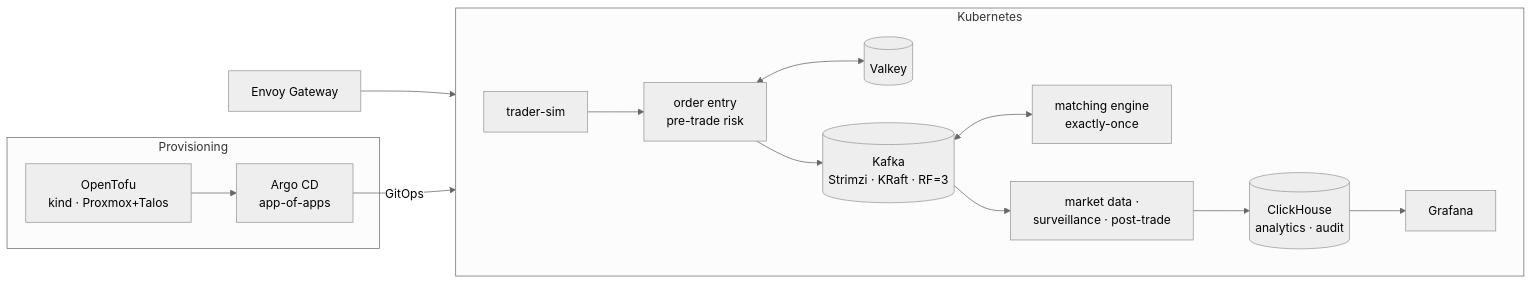
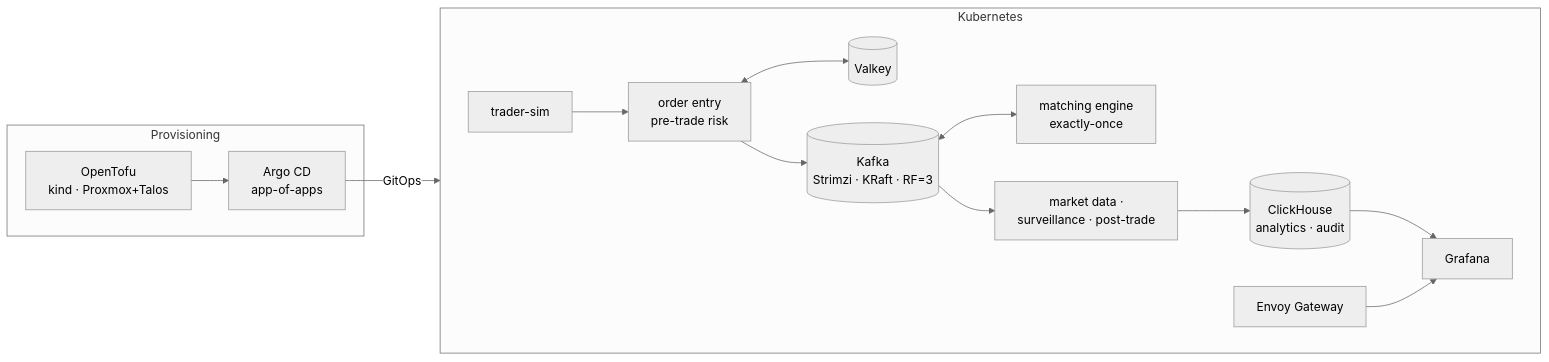
The diagram in README.md (selimaytac/kafka-financial-event-platform), drawn with Mermaid (neutral theme) before and after one commit. The commit also changed 1 other file, not shown here.

Commit message:
docs: tidy topology diagrams

````diff
--- a/README.md
+++ b/README.md
@@ -31,18 +31,18 @@
 ```mermaid
 flowchart LR
   subgraph infra["Provisioning"]
     tofu["OpenTofu<br/>kind · Proxmox+Talos"] --> argo["Argo CD<br/>app-of-apps"]
   end
   subgraph cluster["Kubernetes"]
     direction LR
     sim["trader-sim"] --> oe["order entry<br/>pre-trade risk"]
     oe <--> valkey[("Valkey")]
     oe --> kafka[("Kafka<br/>Strimzi · KRaft · RF=3")]
     kafka <--> me["matching engine<br/>exactly-once"]
     kafka --> down["market data ·<br/>surveillance · post-trade"]
     down --> ch[("ClickHouse<br/>analytics · audit")]
     ch --> graf["Grafana"]
+    gw["Envoy Gateway"] --> graf
   end
   argo -- GitOps --> cluster
-  gw["Envoy Gateway"] --> graf
 ```
````
